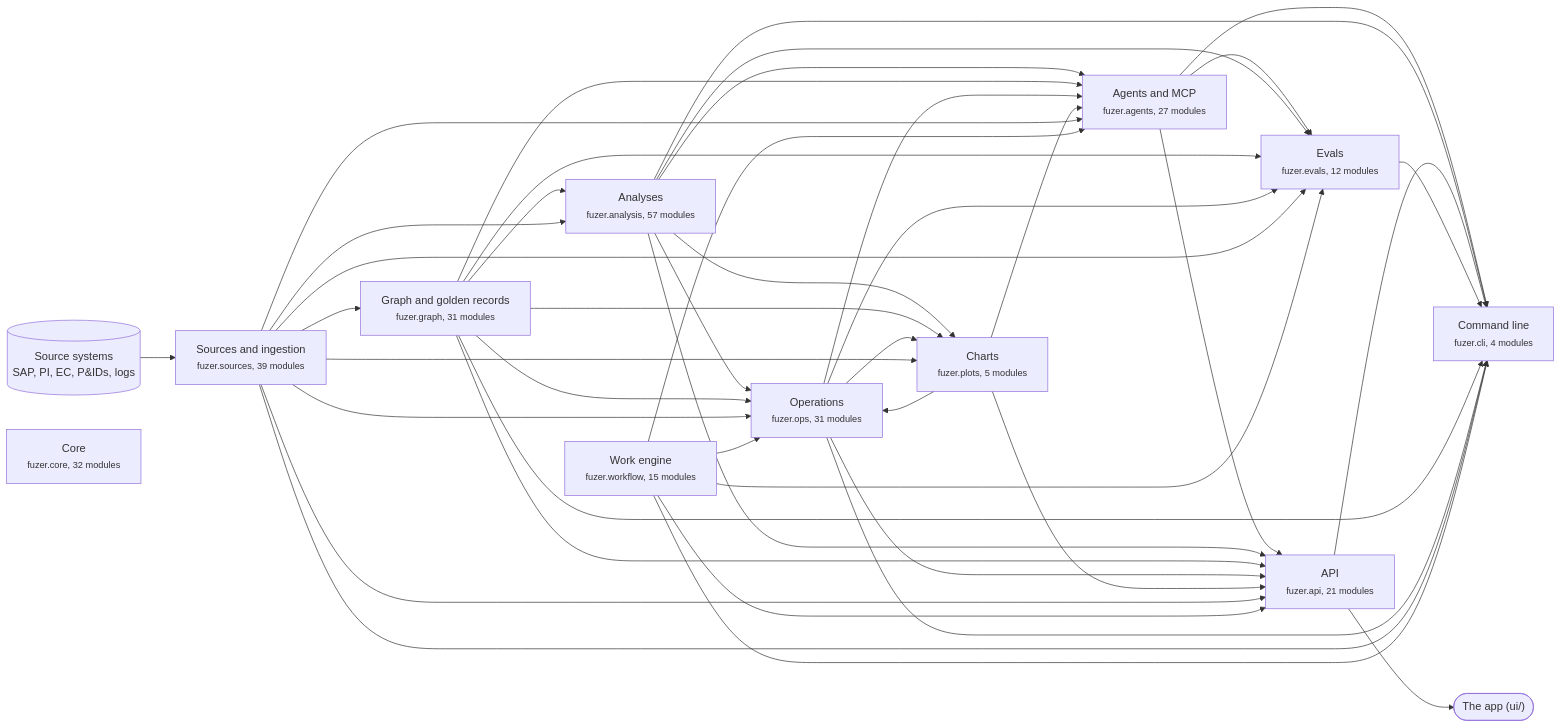
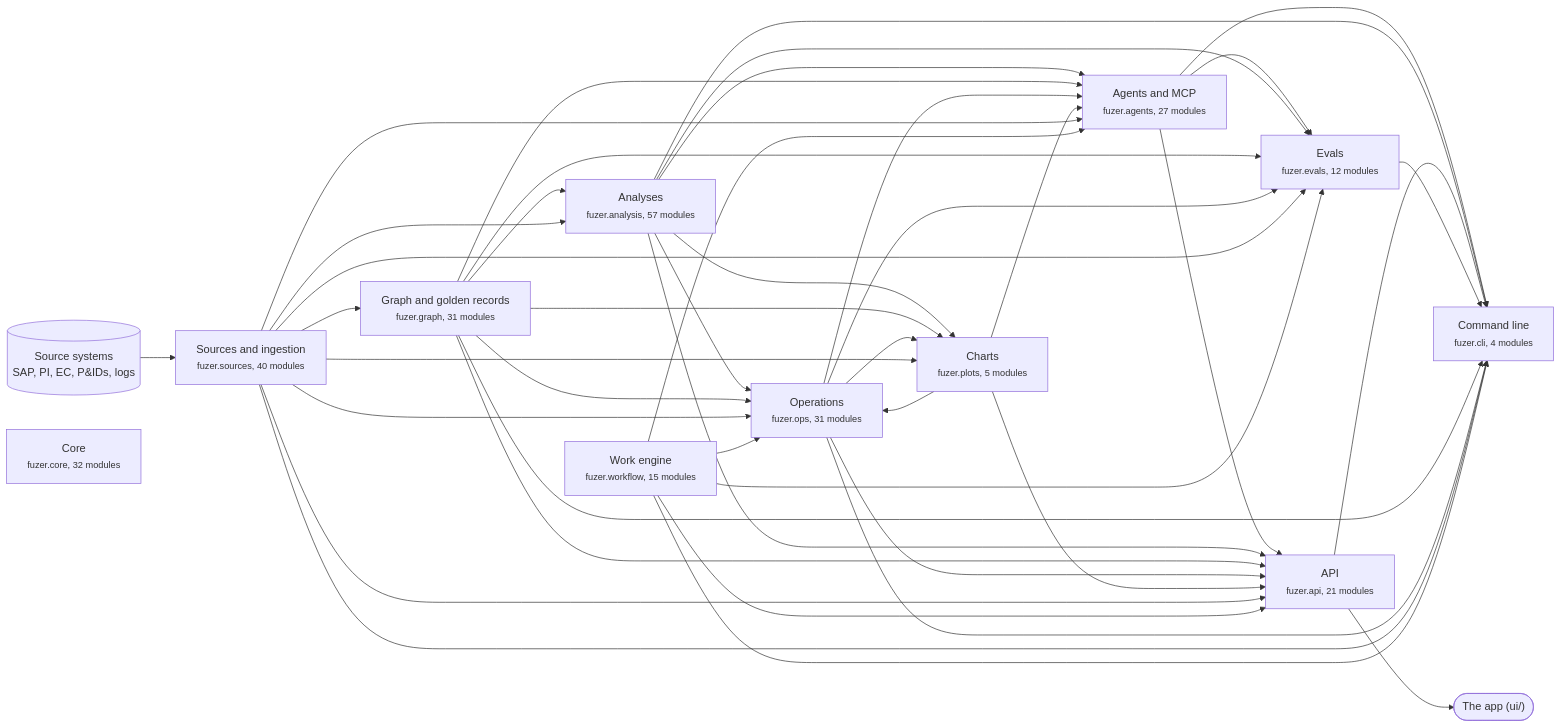
One commit to areed145/fuzer changed the first of 3 diagrams in docs/architecture.md. Above: the diagram before and after it, drawn with Mermaid. The commit also changed other lines of this file and 19 other files, not shown here.

````diff
--- a/docs/architecture.md
+++ b/docs/architecture.md
@@ -8,67 +8,67 @@
 ```mermaid
 flowchart LR
   systems[("Source systems<br>SAP, PI, EC, P&IDs, logs")] --> c_sources
   app(["The app (ui/)"])
   c_api --> app
-  c_sources["Sources and ingestion<br><small>fuzer.sources, 39 modules</small>"]
+  c_sources["Sources and ingestion<br><small>fuzer.sources, 40 modules</small>"]
   c_graph["Graph and golden records<br><small>fuzer.graph, 31 modules</small>"]
   c_analysis["Analyses<br><small>fuzer.analysis, 57 modules</small>"]
   c_ops["Operations<br><small>fuzer.ops, 31 modules</small>"]
   c_plots["Charts<br><small>fuzer.plots, 5 modules</small>"]
   c_workflow["Work engine<br><small>fuzer.workflow, 15 modules</small>"]
   c_agents["Agents and MCP<br><small>fuzer.agents, 27 modules</small>"]
   c_evals["Evals<br><small>fuzer.evals, 12 modules</small>"]
   c_api["API<br><small>fuzer.api, 21 modules</small>"]
   c_cli["Command line<br><small>fuzer.cli, 4 modules</small>"]
   c_core["Core<br><small>fuzer.core, 32 modules</small>"]
   c_sources --> c_graph
   c_graph --> c_analysis
   c_sources --> c_analysis
   c_analysis --> c_ops
   c_graph --> c_ops
   c_plots --> c_ops
   c_sources --> c_ops
   c_workflow --> c_ops
   c_analysis --> c_plots
   c_graph --> c_plots
   c_ops --> c_plots
   c_sources --> c_plots
   c_analysis --> c_agents
   c_graph --> c_agents
   c_ops --> c_agents
   c_plots --> c_agents
   c_sources --> c_agents
   c_workflow --> c_agents
   c_agents --> c_evals
   c_analysis --> c_evals
   c_graph --> c_evals
   c_ops --> c_evals
   c_sources --> c_evals
   c_workflow --> c_evals
   c_agents --> c_api
   c_analysis --> c_api
   c_graph --> c_api
   c_ops --> c_api
   c_plots --> c_api
   c_sources --> c_api
   c_workflow --> c_api
   c_agents --> c_cli
   c_analysis --> c_cli
   c_api --> c_cli
   c_evals --> c_cli
   c_graph --> c_cli
   c_ops --> c_cli
   c_sources --> c_cli
   c_workflow --> c_cli
   click c_sources "https://github.com/areed145/fuzer/tree/main/src/fuzer/sources"
   click c_graph "https://github.com/areed145/fuzer/tree/main/src/fuzer/graph"
   click c_analysis "https://github.com/areed145/fuzer/tree/main/src/fuzer/analysis"
   click c_ops "https://github.com/areed145/fuzer/tree/main/src/fuzer/ops"
   click c_plots "https://github.com/areed145/fuzer/tree/main/src/fuzer/plots"
   click c_workflow "https://github.com/areed145/fuzer/tree/main/src/fuzer/workflow"
   click c_agents "https://github.com/areed145/fuzer/tree/main/src/fuzer/agents"
   click c_evals "https://github.com/areed145/fuzer/tree/main/src/fuzer/evals"
   click c_api "https://github.com/areed145/fuzer/tree/main/src/fuzer/api"
   click c_cli "https://github.com/areed145/fuzer/tree/main/src/fuzer/cli"
   click c_core "https://github.com/areed145/fuzer/tree/main/src/fuzer/core"
 ```
````
